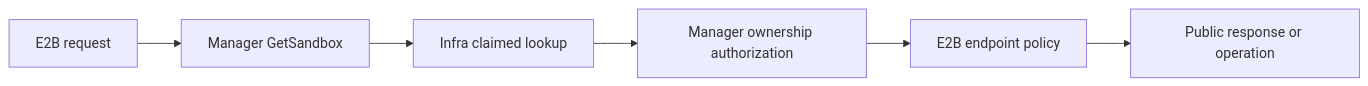
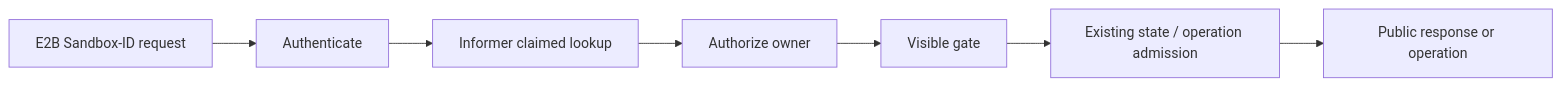
One commit to AiRanthem/agents changed the diagram in docs/proposals/20260826-sandbox-lookup-e2b-visibility-EN.md. Above: the diagram before and after it, drawn with Mermaid. The commit also changed other lines of this file and 2 other files, not shown here.

First line of the commit message:
refactor(sandbox): separate claimed lookup from E2B visibility and enforce delivery commit

````diff
--- a/docs/proposals/20260826-sandbox-lookup-e2b-visibility-EN.md
+++ b/docs/proposals/20260826-sandbox-lookup-e2b-visibility-EN.md
@@ -95,8 +122,9 @@
 ```mermaid
 flowchart LR
-    Request[E2B request] --> Manager[Manager GetSandbox]
-    Manager --> Infra[Infra claimed lookup]
-    Infra --> Owner[Manager ownership authorization]
-    Owner --> Policy[E2B endpoint policy]
-    Policy --> Response[Public response or operation]
+    Request[E2B Sandbox-ID request] --> Auth[Authenticate]
+    Auth --> Lookup[Informer claimed lookup]
+    Lookup --> Owner[Authorize owner]
+    Owner --> Visible[Visible gate]
+    Visible --> State[Existing state / operation admission]
+    State --> Result[Public response or operation]
 ```
````
